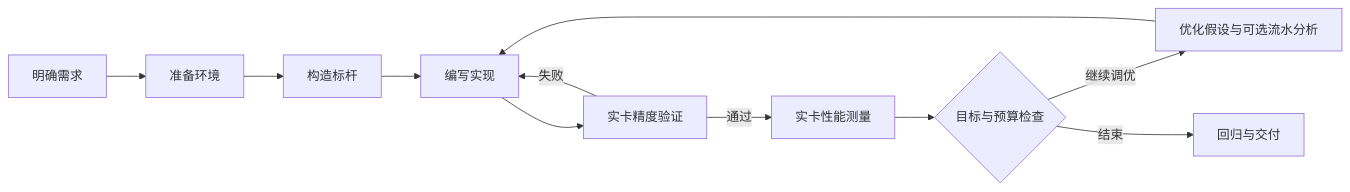
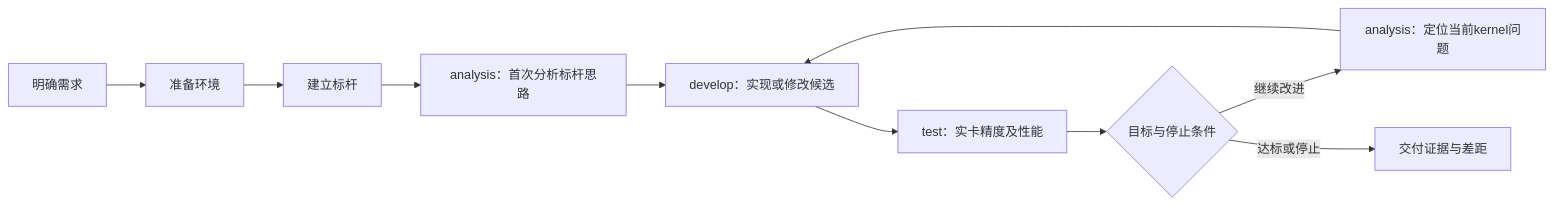
Before and after one commit to tile-ai/tilelang-mlir-ascend: the diagram in README.md, drawn with Mermaid. The commit also changed other lines of this file and 37 other files, not shown here.

````diff
--- a/README.md
+++ b/README.md
@@ -39,13 +39,12 @@
 ```mermaid
 flowchart LR
-    A[明确需求] --> B[准备环境]
-    B --> C[构造标杆]
-    C --> D[编写实现]
-    D --> E[实卡精度验证]
-    E -->|失败| D
-    E -->|通过| F[实卡性能测量]
-    F --> G{目标与预算检查}
-    G -->|继续调优| H[优化假设与可选流水分析]
-    H --> D
-    G -->|结束| I[回归与交付]
+    R[明确需求] --> E[准备环境]
+    E --> B[建立标杆]
+    B --> A[analysis：首次分析标杆思路]
+    A --> D[develop：实现或修改候选]
+    D --> T[test：实卡精度及性能]
+    T --> C{目标与停止条件}
+    C -->|继续改进| X[analysis：定位当前kernel问题]
+    X --> D
+    C -->|达标或停止| O[交付证据与差距]
 ```
````
